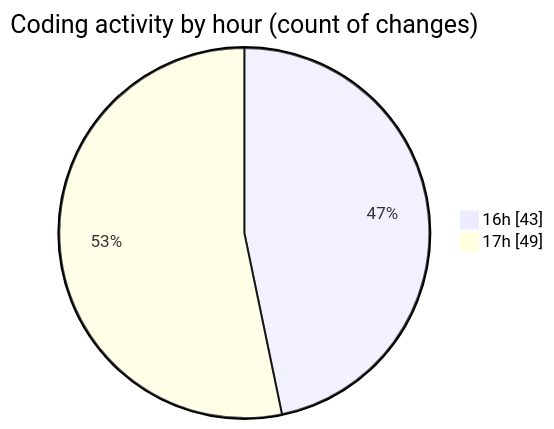
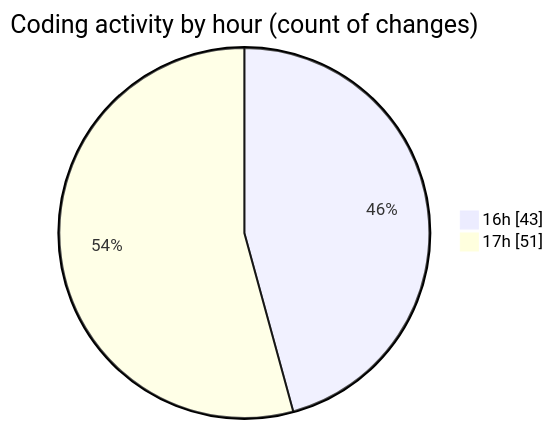
Before and after one commit to momahboobian/code-tracking: the second of 2 diagrams in 2026-11-13/broadcaster-v6-feature/README.md, drawn with Mermaid. The commit also changed other lines of this file and 1 other file, not shown here.

````diff
--- a/2026-11-13/broadcaster-v6-feature/README.md
+++ b/2026-11-13/broadcaster-v6-feature/README.md
@@ -59,6 +59,6 @@
 ```mermaid
 pie showData
 title Coding activity by hour (count of changes)
 "16h" : 43
-"17h" : 49
+"17h" : 51
 ```
````
